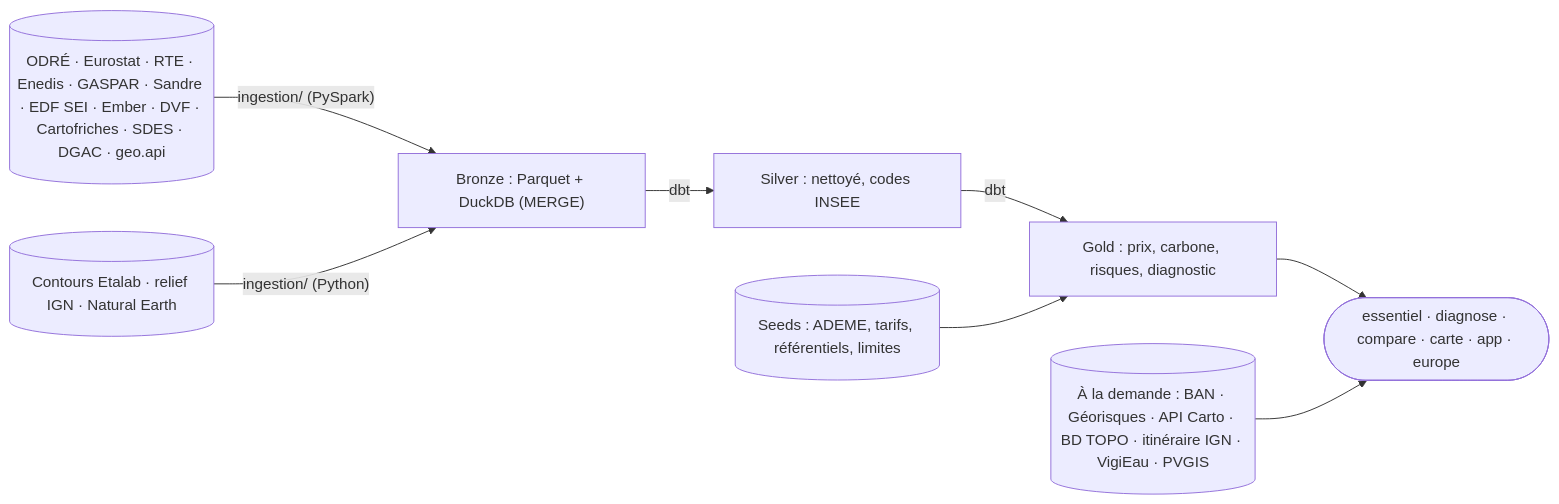
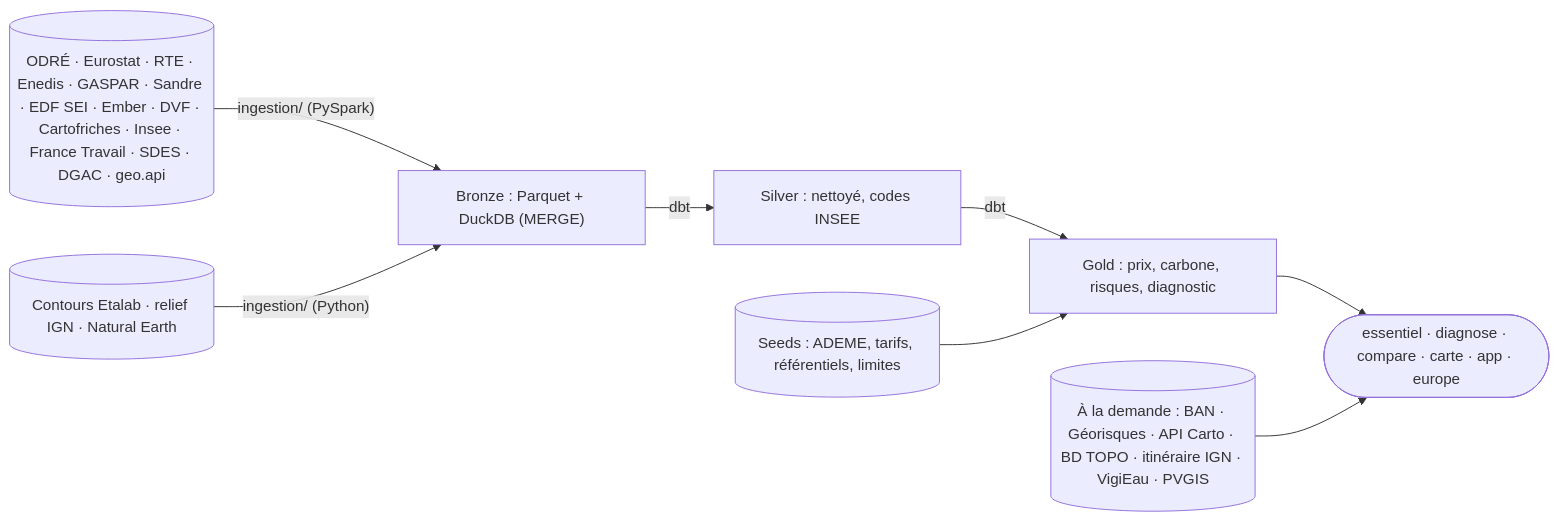
Before and after one commit to Elias-Ouafi/ou-brancher-mon-entreprise: the diagram in README.md, drawn with Mermaid. The commit also changed other lines of this file and 38 other files, not shown here.

````diff
--- a/README.md
+++ b/README.md
@@ -249,10 +249,10 @@
 ```mermaid
 flowchart LR
-    SRC[("ODRÉ · Eurostat · RTE · Enedis · GASPAR · Sandre · EDF SEI · Ember · DVF · Cartofriches · SDES · DGAC · geo.api")] -->|"ingestion/ (PySpark)"| B["Bronze : Parquet + DuckDB (MERGE)"]
+    SRC[("ODRÉ · Eurostat · RTE · Enedis · GASPAR · Sandre · EDF SEI · Ember · DVF · Cartofriches · Insee · France Travail · SDES · DGAC · geo.api")] -->|"ingestion/ (PySpark)"| B["Bronze : Parquet + DuckDB (MERGE)"]
     B -->|dbt| S["Silver : nettoyé, codes INSEE"]
     S -->|dbt| G["Gold : prix, carbone, risques, diagnostic"]
     SEEDS[("Seeds : ADEME, tarifs, référentiels, limites")] --> G
     GEO[("Contours Etalab · relief IGN · Natural Earth")] -->|"ingestion/ (Python)"| B
     G --> CLI(["essentiel · diagnose · compare · carte · app · europe"])
     BAN[("À la demande : BAN · Géorisques · API Carto · BD TOPO · itinéraire IGN · VigiEau · PVGIS")] --> CLI
 ```
````
